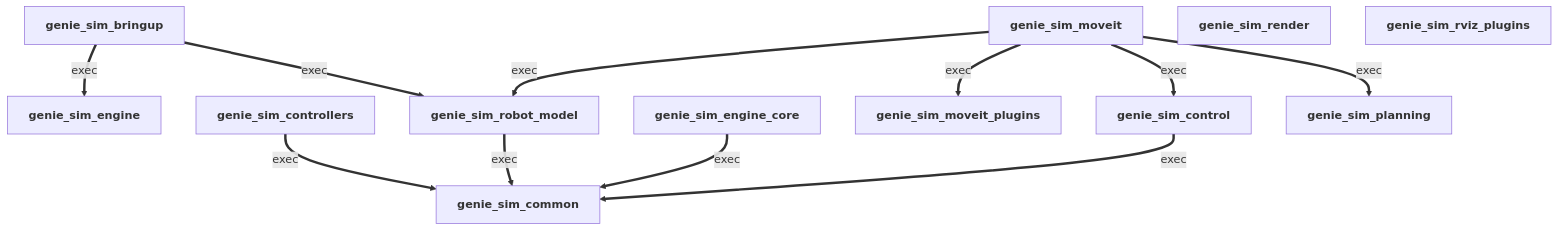
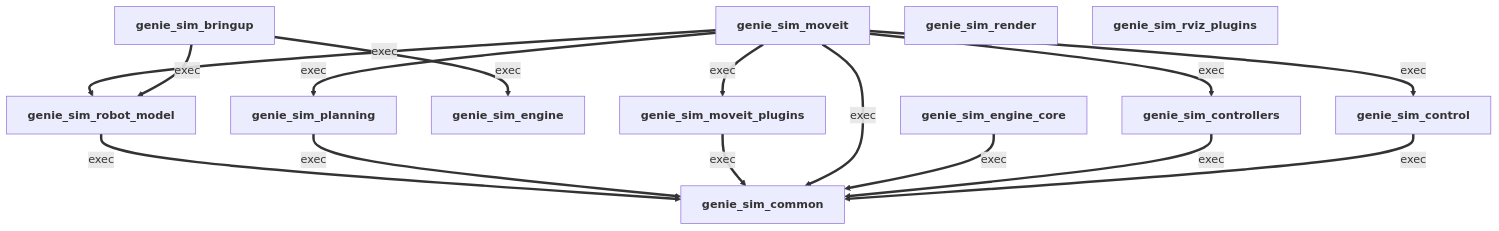
Before and after one commit to AgibotTech/genie_sim: the diagram in source/geniesim_ros/README.md, drawn with Mermaid. The commit also changed 17 other files, not shown here.

````diff
--- a/source/geniesim_ros/README.md
+++ b/source/geniesim_ros/README.md
@@ -221,31 +221,35 @@
 ```mermaid
 graph TD
   %% Auto-generated by `geniesim tool ros-dag --fix`.
   %% Edges: -->|build|/|buildtool| build-time deps;
   %%        ==>|exec| runtime deps; -.->|test| test deps.
   %% Source: source/geniesim_ros/src/ros_ws/src/*/package.xml.
 
   genie_sim_bringup["<b>genie_sim_bringup</b>"]
   genie_sim_common["<b>genie_sim_common</b>"]
   genie_sim_control["<b>genie_sim_control</b>"]
   genie_sim_controllers["<b>genie_sim_controllers</b>"]
   genie_sim_engine["<b>genie_sim_engine</b>"]
   genie_sim_engine_core["<b>genie_sim_engine_core</b>"]
   genie_sim_moveit["<b>genie_sim_moveit</b>"]
   genie_sim_moveit_plugins["<b>genie_sim_moveit_plugins</b>"]
   genie_sim_planning["<b>genie_sim_planning</b>"]
   genie_sim_render["<b>genie_sim_render</b>"]
   genie_sim_robot_model["<b>genie_sim_robot_model</b>"]
   genie_sim_rviz_plugins["<b>genie_sim_rviz_plugins</b>"]
 
   genie_sim_bringup ==>|exec| genie_sim_engine
   genie_sim_bringup ==>|exec| genie_sim_robot_model
   genie_sim_moveit ==>|exec| genie_sim_robot_model
   genie_sim_moveit ==>|exec| genie_sim_moveit_plugins
   genie_sim_moveit ==>|exec| genie_sim_control
+  genie_sim_moveit ==>|exec| genie_sim_controllers
   genie_sim_moveit ==>|exec| genie_sim_planning
   genie_sim_control ==>|exec| genie_sim_common
   genie_sim_controllers ==>|exec| genie_sim_common
   genie_sim_engine_core ==>|exec| genie_sim_common
+  genie_sim_moveit ==>|exec| genie_sim_common
+  genie_sim_moveit_plugins ==>|exec| genie_sim_common
+  genie_sim_planning ==>|exec| genie_sim_common
   genie_sim_robot_model ==>|exec| genie_sim_common
 ```
````
